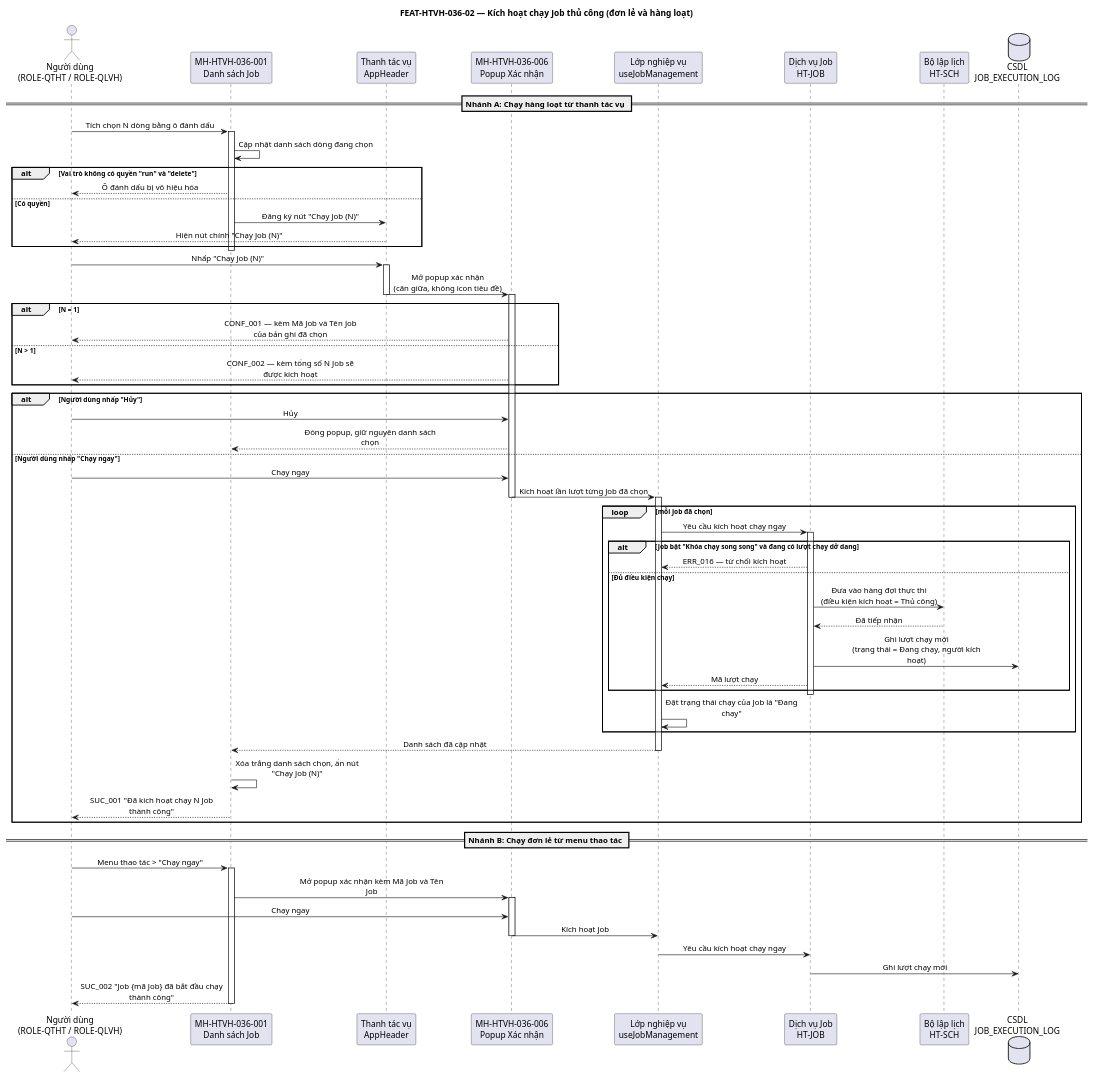
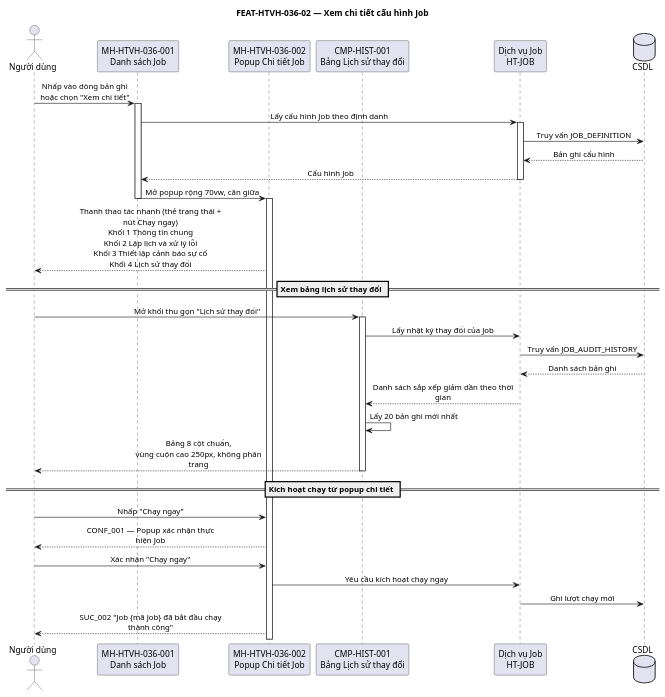
One commit to NgocTDA/cic-core-system changed the diagram in docs/specifications/diagrams/FUNC-HTVH-036_seq-02.puml. Above: the diagram before and after it, drawn with PlantUML. The commit also changed 75 other files, not shown here.

Commit message:
feat: implement Job Management module including filtering, detail/history modals, and UI component library extensions

```diff
--- a/docs/specifications/diagrams/FUNC-HTVH-036_seq-02.puml
+++ b/docs/specifications/diagrams/FUNC-HTVH-036_seq-02.puml
@@ -1,80 +1,47 @@
 @startuml FUNC-HTVH-036_seq-02
-title FEAT-HTVH-036-02 — Kích hoạt chạy Job thủ công (đơn lẻ và hàng loạt)
+title FEAT-HTVH-036-02 — Xem chi tiết cấu hình Job
 
 skinparam sequenceMessageAlign center
 skinparam maxMessageSize 240
 
-actor "Người dùng\n(ROLE-QTHT / ROLE-QLVH)" as NSD
+actor "Người dùng" as NSD
 participant "MH-HTVH-036-001\nDanh sách Job" as MH_DS
-participant "Thanh tác vụ\nAppHeader" as CMP_HEADER
-participant "MH-HTVH-036-006\nPopup Xác nhận" as MH_CONF
-participant "Lớp nghiệp vụ\nuseJobManagement" as HT_LOGIC
+participant "MH-HTVH-036-002\nPopup Chi tiết Job" as MH_CT
+participant "CMP-HIST-001\nBảng Lịch sử thay đổi" as CMP_HIST
+
 participant "Dịch vụ Job\nHT-JOB" as HT_JOB
-participant "Bộ lập lịch\nHT-SCH" as HT_SCH
-database "CSDL\nJOB_EXECUTION_LOG" as CSDL
+database "CSDL" as CSDL
 
-== Nhánh A: Chạy hàng loạt từ thanh tác vụ ==
-NSD -> MH_DS : Tích chọn N dòng bằng ô đánh dấu
+NSD -> MH_DS : Nhấp vào dòng bản ghi\nhoặc chọn "Xem chi tiết"
 activate MH_DS
-MH_DS -> MH_DS : Cập nhật danh sách dòng đang chọn
-alt Vai trò không có quyền "run" và "delete"
-  MH_DS --> NSD : Ô đánh dấu bị vô hiệu hóa
-else Có quyền
-  MH_DS -> CMP_HEADER : Đăng ký nút "Chạy Job (N)"
-  CMP_HEADER --> NSD : Hiện nút chính "Chạy Job (N)"
-end
+MH_DS -> HT_JOB : Lấy cấu hình Job theo định danh
+activate HT_JOB
+HT_JOB -> CSDL : Truy vấn JOB_DEFINITION
+CSDL --> HT_JOB : Bản ghi cấu hình
+HT_JOB --> MH_DS : Cấu hình Job
+deactivate HT_JOB
+MH_DS -> MH_CT : Mở popup rộng 70vw, căn giữa
 deactivate MH_DS
+activate MH_CT
+MH_CT --> NSD : Thanh thao tác nhanh (thẻ trạng thái + nút Chạy ngay)\nKhối 1 Thông tin chung\nKhối 2 Lập lịch và xử lý lỗi\nKhối 3 Thiết lập cảnh báo sự cố\nKhối 4 Lịch sử thay đổi
 
-NSD -> CMP_HEADER : Nhấp "Chạy Job (N)"
-activate CMP_HEADER
-CMP_HEADER -> MH_CONF : Mở popup xác nhận\n(căn giữa, không icon tiêu đề)
-deactivate CMP_HEADER
-activate MH_CONF
-alt N = 1
-  MH_CONF --> NSD : CONF_001 — kèm Mã Job và Tên Job của bản ghi đã chọn
-else N > 1
-  MH_CONF --> NSD : CONF_002 — kèm tổng số N Job sẽ được kích hoạt
-end
+== Xem bảng lịch sử thay đổi ==
+NSD -> CMP_HIST : Mở khối thu gọn "Lịch sử thay đổi"
+activate CMP_HIST
+CMP_HIST -> HT_JOB : Lấy nhật ký thay đổi của Job
+HT_JOB -> CSDL : Truy vấn JOB_AUDIT_HISTORY
+CSDL --> HT_JOB : Danh sách bản ghi
+HT_JOB --> CMP_HIST : Danh sách sắp xếp giảm dần theo thời gian
+CMP_HIST -> CMP_HIST : Lấy 20 bản ghi mới nhất
+CMP_HIST --> NSD : Bảng 8 cột chuẩn,\nvùng cuộn cao 250px, không phân trang
+deactivate CMP_HIST
 
-alt Người dùng nhấp "Hủy"
-  NSD -> MH_CONF : Hủy
-  MH_CONF --> MH_DS : Đóng popup, giữ nguyên danh sách chọn
-else Người dùng nhấp "Chạy ngay"
-  NSD -> MH_CONF : Chạy ngay
-  MH_CONF -> HT_LOGIC : Kích hoạt lần lượt từng Job đã chọn
-  deactivate MH_CONF
-  activate HT_LOGIC
-  loop mỗi Job đã chọn
-    HT_LOGIC -> HT_JOB : Yêu cầu kích hoạt chạy ngay
-    activate HT_JOB
-    alt Job bật "Khóa chạy song song" và đang có lượt chạy dở dang
-      HT_JOB --> HT_LOGIC : ERR_016 — từ chối kích hoạt
-    else Đủ điều kiện chạy
-      HT_JOB -> HT_SCH : Đưa vào hàng đợi thực thi\n(điều kiện kích hoạt = Thủ công)
-      HT_SCH --> HT_JOB : Đã tiếp nhận
-      HT_JOB -> CSDL : Ghi lượt chạy mới\n(trạng thái = Đang chạy, người kích hoạt)
-      HT_JOB --> HT_LOGIC : Mã lượt chạy
-    end
-    deactivate HT_JOB
-    HT_LOGIC -> HT_LOGIC : Đặt trạng thái chạy của Job là "Đang chạy"
-  end
-  HT_LOGIC --> MH_DS : Danh sách đã cập nhật
-  deactivate HT_LOGIC
-  MH_DS -> MH_DS : Xóa trắng danh sách chọn, ẩn nút "Chạy Job (N)"
-  MH_DS --> NSD : SUC_001 "Đã kích hoạt chạy N Job thành công"
-end
-
-== Nhánh B: Chạy đơn lẻ từ menu thao tác ==
-NSD -> MH_DS : Menu thao tác > "Chạy ngay"
-activate MH_DS
-MH_DS -> MH_CONF : Mở popup xác nhận kèm Mã Job và Tên Job
-activate MH_CONF
-NSD -> MH_CONF : Chạy ngay
-MH_CONF -> HT_LOGIC : Kích hoạt Job
-deactivate MH_CONF
-HT_LOGIC -> HT_JOB : Yêu cầu kích hoạt chạy ngay
+== Kích hoạt chạy từ popup chi tiết ==
+NSD -> MH_CT : Nhấp "Chạy ngay"
+MH_CT --> NSD : CONF_001 — Popup xác nhận thực hiện Job
+NSD -> MH_CT : Xác nhận "Chạy ngay"
+MH_CT -> HT_JOB : Yêu cầu kích hoạt chạy ngay
 HT_JOB -> CSDL : Ghi lượt chạy mới
-MH_DS --> NSD : SUC_002 "Job {mã Job} đã bắt đầu chạy thành công"
-deactivate MH_DS
+MH_CT --> NSD : SUC_002 "Job {mã Job} đã bắt đầu chạy thành công"
 
 @enduml
```
